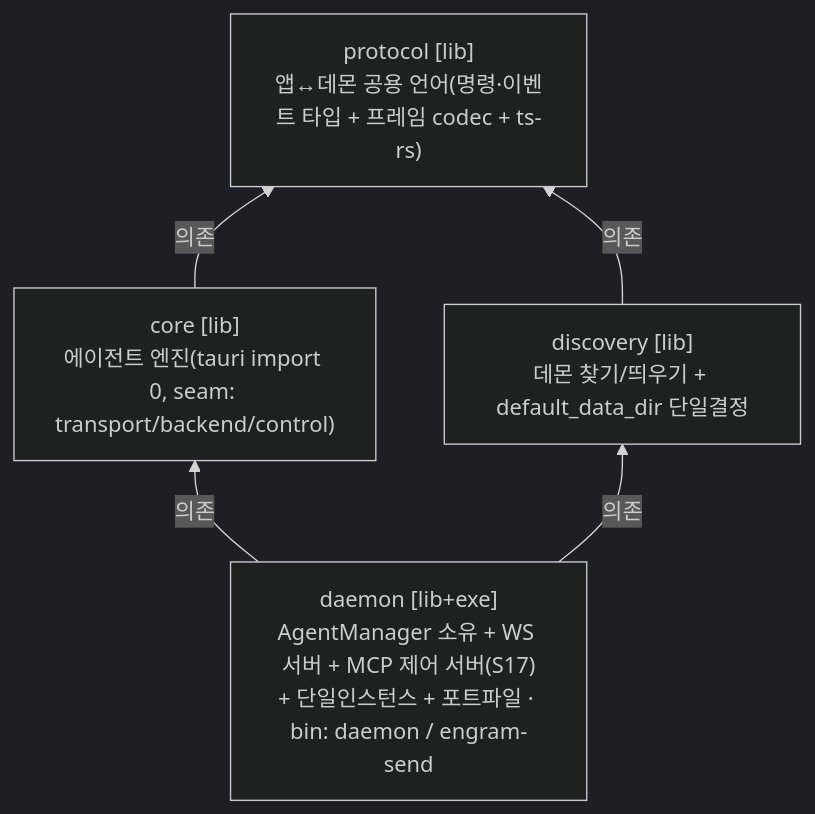
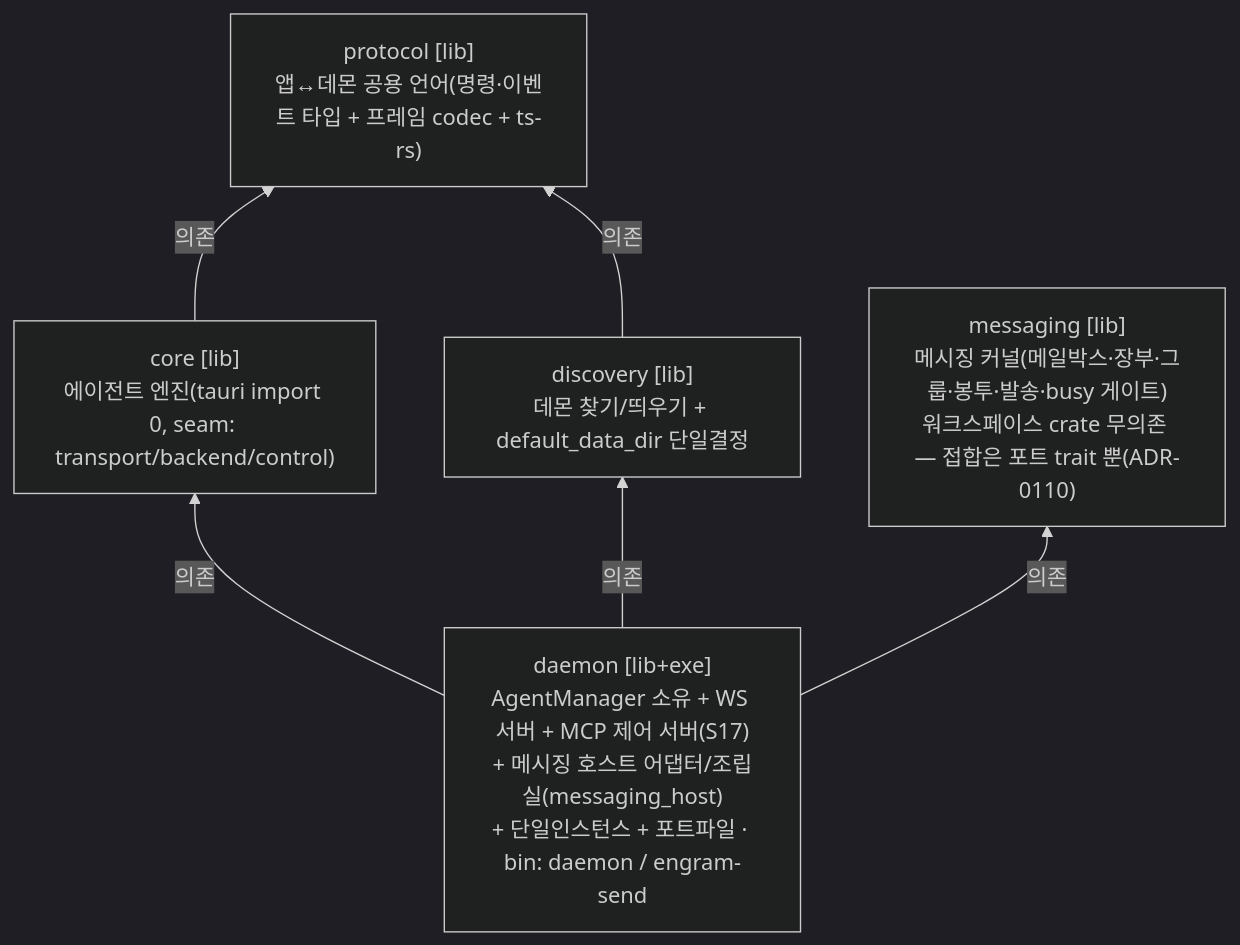
One commit to kimsunzun/engram-dashboard changed the third of 18 diagrams in docs/reference/architecture-overview.md. Above: the diagram before and after it, drawn with Mermaid (dark theme). The commit also changed other lines of this file and 28 other files, not shown here.

First line of the commit message:
feat(messaging): ADR-0110 메시징 커널 lib 분리 — 완전 상호무지·포트 소유·messaging_host 어댑터

````diff
--- a/docs/reference/architecture-overview.md
+++ b/docs/reference/architecture-overview.md
@@ -152,12 +152,14 @@
 ```mermaid
 flowchart BT
   protocol["protocol [lib]<br/>앱↔데몬 공용 언어(명령·이벤트 타입 + 프레임 codec + ts-rs)"]
   core["core [lib]<br/>에이전트 엔진(tauri import 0, seam: transport/backend/control)"]
   discovery["discovery [lib]<br/>데몬 찾기/띄우기 + default_data_dir 단일결정"]
-  daemon["daemon [lib+exe]<br/>AgentManager 소유 + WS 서버 + MCP 제어 서버(S17)<br/>+ 단일인스턴스 + 포트파일 · bin: daemon / engram-send"]
+  messaging["messaging [lib]<br/>메시징 커널(메일박스·장부·그룹·봉투·발송·busy 게이트)<br/>워크스페이스 crate 무의존 — 접합은 포트 trait 뿐(ADR-0110)"]
+  daemon["daemon [lib+exe]<br/>AgentManager 소유 + WS 서버 + MCP 제어 서버(S17)<br/>+ 메시징 호스트 어댑터/조립실(messaging_host)<br/>+ 단일인스턴스 + 포트파일 · bin: daemon / engram-send"]
 
   core -->|"의존"| protocol
   daemon -->|"의존"| core
   discovery -->|"의존"| protocol
   daemon -->|"의존"| discovery
+  daemon -->|"의존"| messaging
 ```
````
